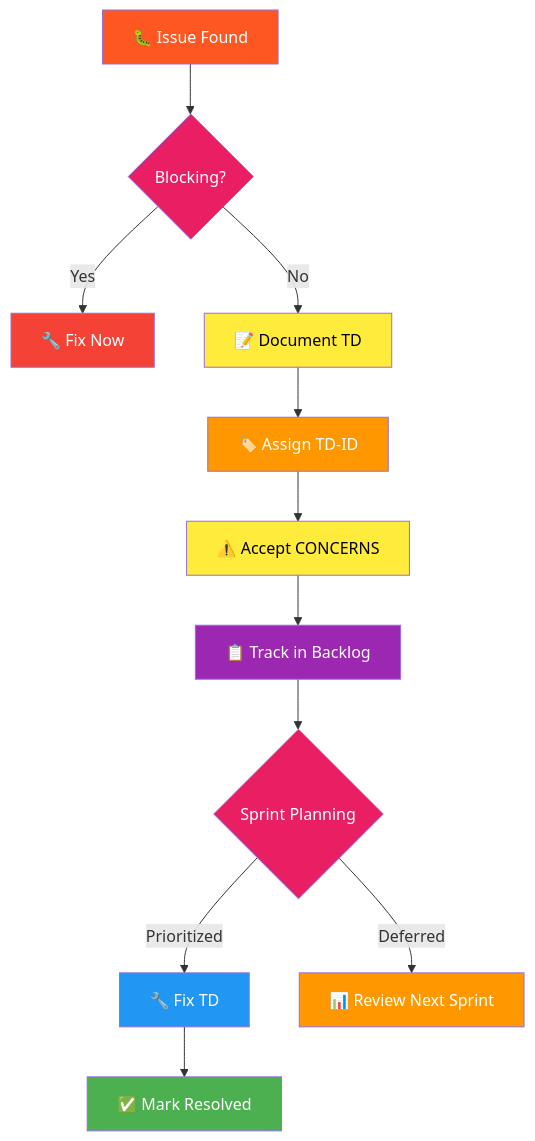
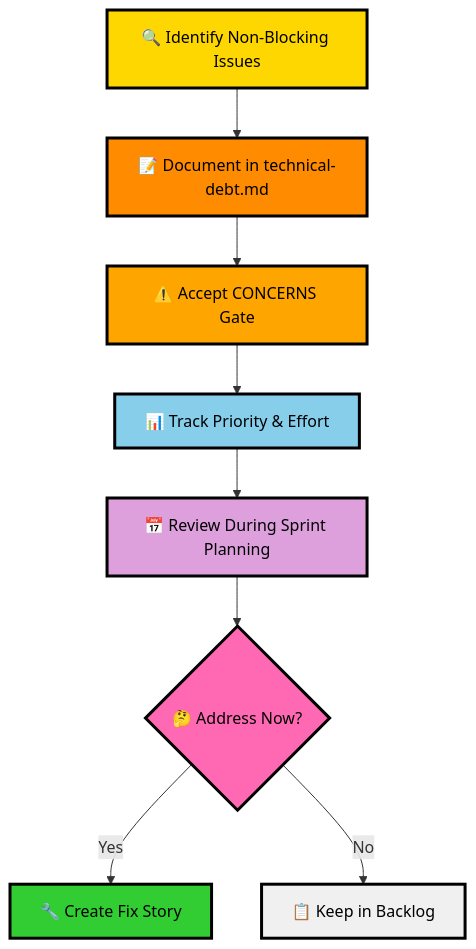
One commit to garkpit/RT-Vault changed the tenth of 12 diagrams in BMAD-method/BMAD-method - a visual guide.md. Above: the diagram before and after it, drawn with Mermaid. The commit also changed other lines of this file and 7 other files, not shown here.

````diff
--- a/BMAD-method/BMAD-method - a visual guide.md
+++ b/BMAD-method/BMAD-method - a visual guide.md
@@ -512,25 +332,19 @@
 ```mermaid
 graph TD
-    A["🐛 Issue Found"] --> B{"Blocking?"}
-    B -->|Yes| C["🔧 Fix Now"]
-    B -->|No| D["📝 Document TD"]
-    D --> E["🏷️ Assign TD-ID"]
-    E --> F["⚠️ Accept CONCERNS"]
-    F --> G["📋 Track in Backlog"]
-    G --> H{"Sprint Planning"}
-    H -->|Prioritized| I["🔧 Fix TD"]
-    H -->|Deferred| J["📊 Review Next Sprint"]
-    I --> K["✅ Mark Resolved"]
+    TD1["🔍 Identify Non-Blocking Issues"] --> TD2["📝 Document in technical-debt.md"]
+    TD2 --> TD3["⚠️ Accept CONCERNS Gate"]
+    TD3 --> TD4["📊 Track Priority & Effort"]
+    TD4 --> TD5["📅 Review During Sprint Planning"]
+    TD5 --> TD6{"🤔 Address Now?"}
+    TD6 -->|Yes| TD7["🔧 Create Fix Story"]
+    TD6 -->|No| TD8["📋 Keep in Backlog"]
     
-    style A fill:#ff5722,color:#fff
-    style B fill:#e91e63,color:#fff
-    style C fill:#f44336,color:#fff
-    style D fill:#ffeb3b,color:#000
-    style E fill:#ff9800,color:#fff
-    style F fill:#ffeb3b,color:#000
-    style G fill:#9c27b0,color:#fff
-    style H fill:#e91e63,color:#fff
-    style I fill:#2196f3,color:#fff
-    style J fill:#ff9800,color:#fff
-    style K fill:#4caf50,color:#fff
+    style TD1 fill:#FFD700,color:#000000,stroke:#000000,stroke-width:3px
+    style TD2 fill:#FF8C00,color:#000000,stroke:#000000,stroke-width:3px
+    style TD3 fill:#FFA500,color:#000000,stroke:#000000,stroke-width:3px
+    style TD4 fill:#87CEEB,color:#000000,stroke:#000000,stroke-width:3px
+    style TD5 fill:#DDA0DD,color:#000000,stroke:#000000,stroke-width:3px
+    style TD6 fill:#FF69B4,color:#000000,stroke:#000000,stroke-width:3px
+    style TD7 fill:#32CD32,color:#000000,stroke:#000000,stroke-width:3px
+    style TD8 fill:#F0F0F0,color:#000000,stroke:#000000,stroke-width:3px
 ```
````
